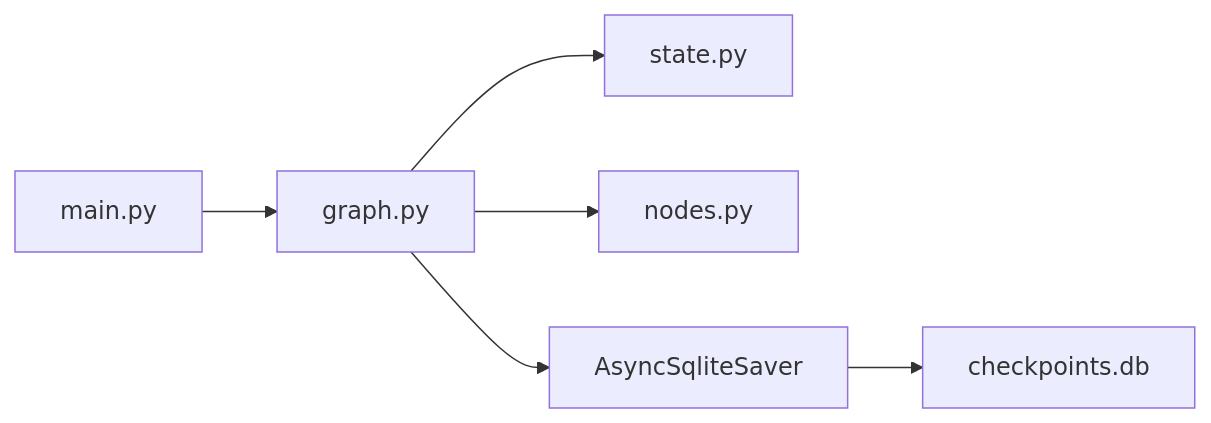
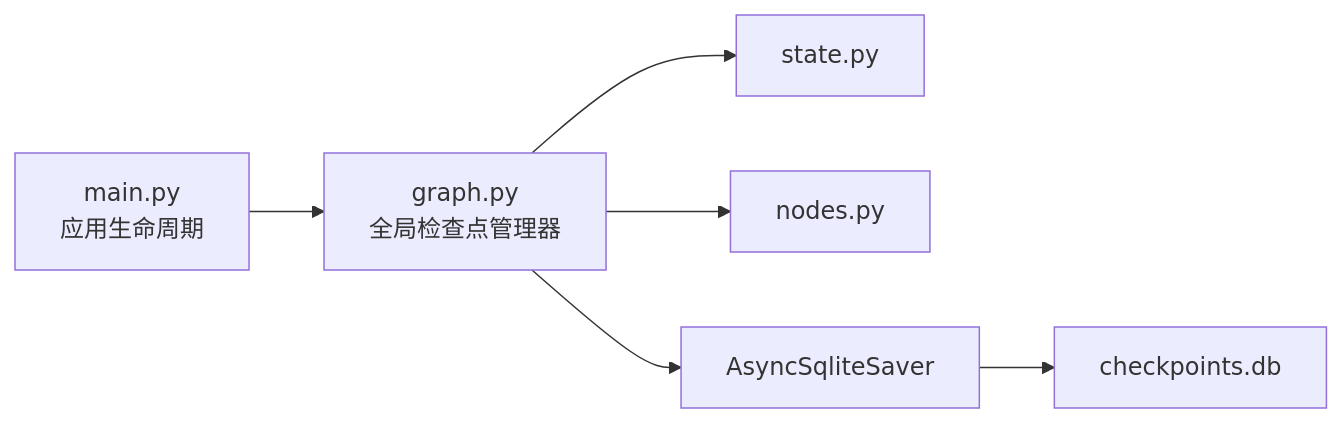
Before and after one commit to sundew26/agent-week3: the third of 3 diagrams in .qoder/repowiki/zh/content/核心功能/检查点恢复机制.md, drawn with Mermaid. The commit also changed other lines of this file and 8 other files, not shown here.

````diff
--- a/.qoder/repowiki/zh/content/核心功能/检查点恢复机制.md
+++ b/.qoder/repowiki/zh/content/核心功能/检查点恢复机制.md
@@ -216,8 +270,8 @@
 ```mermaid
 graph LR
-Main["main.py"] --> Graph["graph.py"]
+Main["main.py<br/>应用生命周期"] --> Graph["graph.py<br/>全局检查点管理器"]
 Graph --> State["state.py"]
 Graph --> Nodes["nodes.py"]
 Graph --> Checkpoint["AsyncSqliteSaver"]
 Checkpoint --> SQLite["checkpoints.db"]
 ```
````
